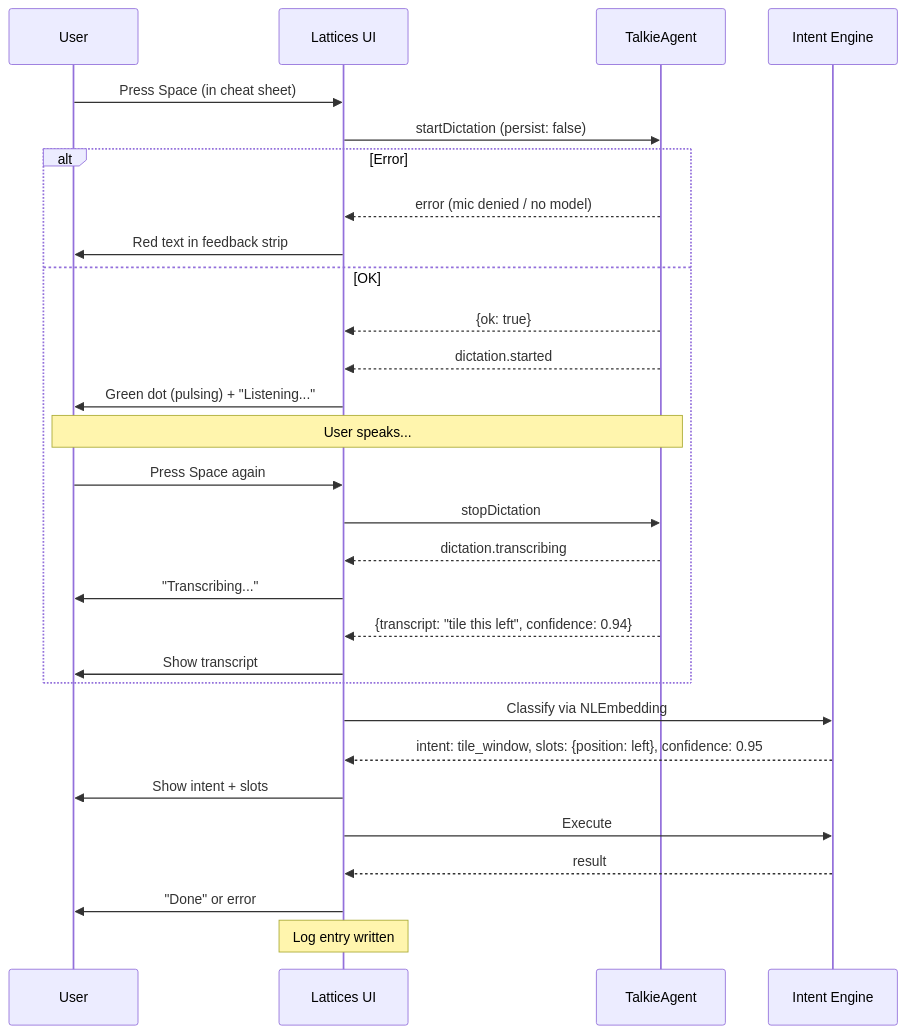
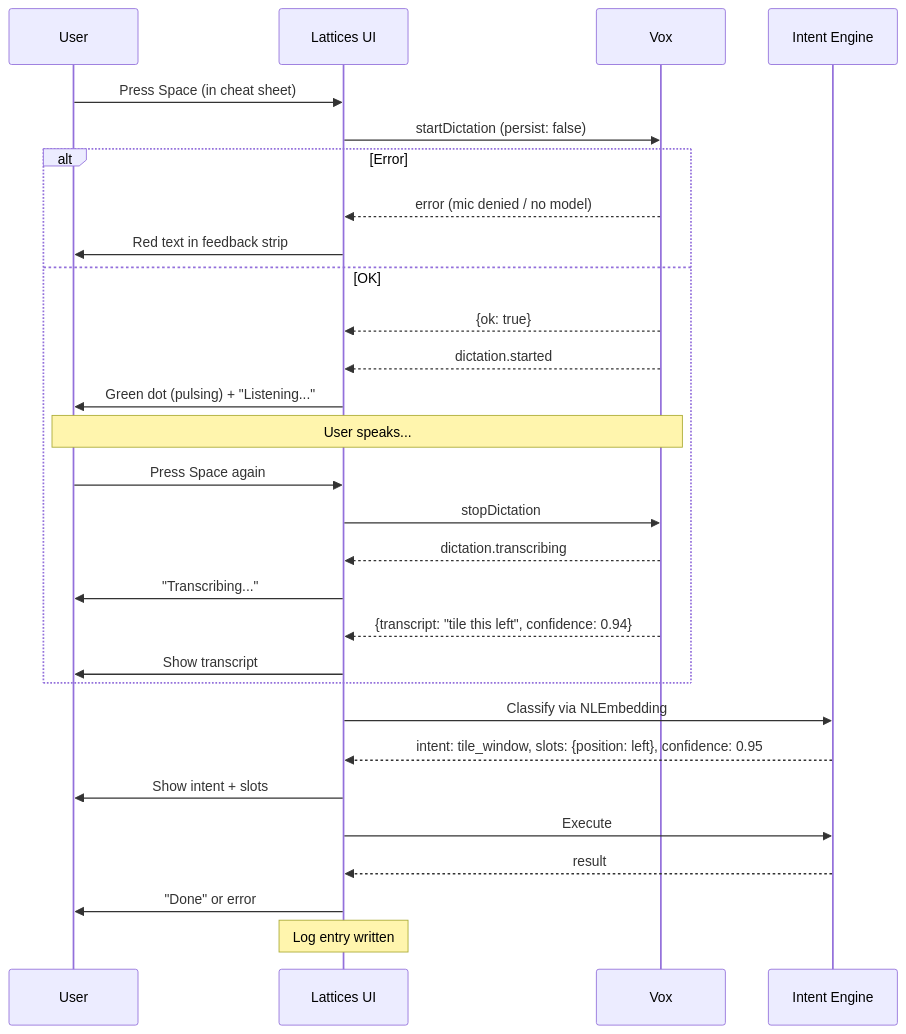
One commit to arach/lattices changed the diagram in docs/voice-command-protocol.md. Above: the diagram before and after it, drawn with Mermaid. The commit also changed other lines of this file and 38 other files, not shown here.

````diff
--- a/docs/voice-command-protocol.md
+++ b/docs/voice-command-protocol.md
@@ -192,39 +192,39 @@
 ```mermaid
 sequenceDiagram
     participant U as User
     participant L as Lattices UI
-    participant TA as TalkieAgent
+    participant TA as Vox
     participant IE as Intent Engine
 
     U->>L: Press Space (in cheat sheet)
     L->>TA: startDictation (persist: false)
 
     alt Error
         TA-->>L: error (mic denied / no model)
         L->>U: Red text in feedback strip
     else OK
         TA-->>L: {ok: true}
         TA-->>L: dictation.started
         L->>U: Green dot (pulsing) + "Listening..."
 
         Note over U,TA: User speaks...
 
         U->>L: Press Space again
         L->>TA: stopDictation
         TA-->>L: dictation.transcribing
         L->>U: "Transcribing..."
 
         TA-->>L: {transcript: "tile this left", confidence: 0.94}
         L->>U: Show transcript
     end
 
     L->>IE: Classify via NLEmbedding
     IE-->>L: intent: tile_window, slots: {position: left}, confidence: 0.95
     L->>U: Show intent + slots
 
     L->>IE: Execute
     IE-->>L: result
     L->>U: "Done" or error
 
     Note over L: Log entry written
 ```
````
